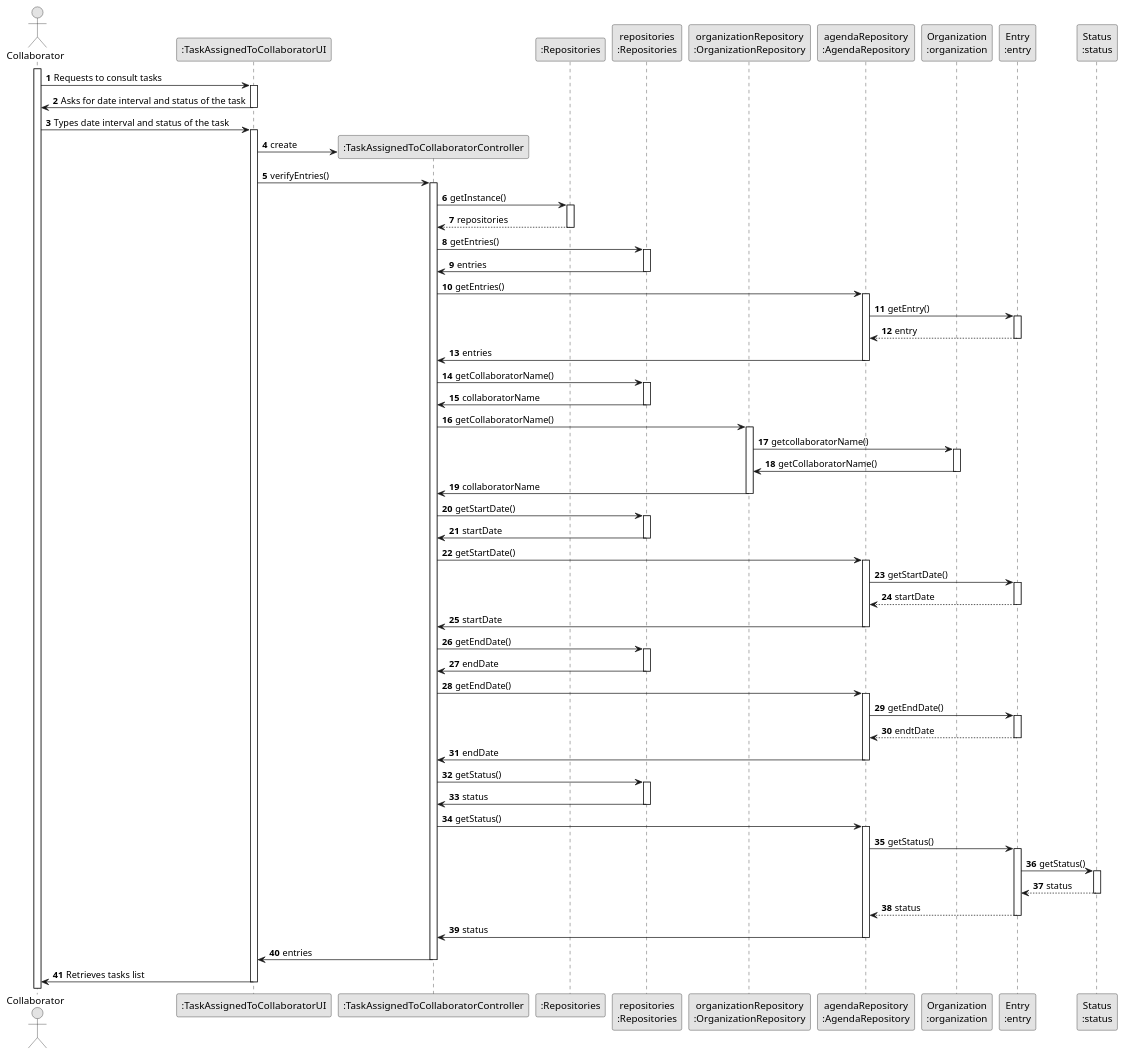
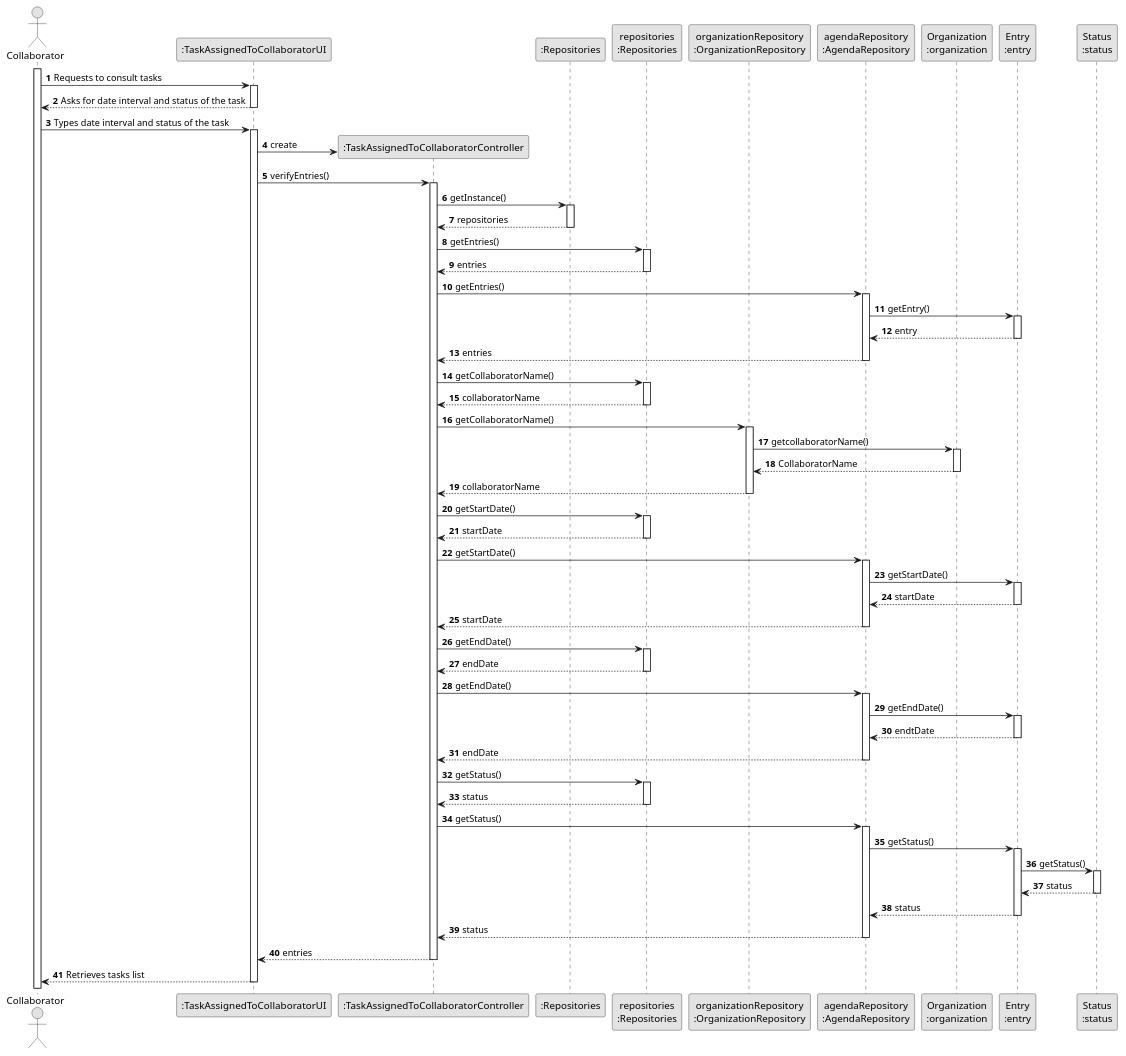
Before and after one commit to Departamento-de-Engenharia-Informatica/lei-24-s2-1df-1de-g063: the diagram in docs/SprintC/us28/03.design/puml/us028-sequence-diagram-full.puml, drawn with PlantUML. The commit also changed 24 other files, not shown here.

```diff
--- a/docs/SprintC/us28/03.design/puml/us028-sequence-diagram-full.puml
+++ b/docs/SprintC/us28/03.design/puml/us028-sequence-diagram-full.puml
@@ -1,140 +1,140 @@
 @startuml
 skinparam monochrome true
 skinparam packageStyle rectangle
 skinparam shadowing false
 
 autonumber
 
 'hide footbox
 actor "Collaborator" as EMP
 participant ":TaskAssignedToCollaboratorUI" as UI
 participant ":TaskAssignedToCollaboratorController" as CTRL
 participant ":Repositories" as RepositorySingleton
 participant "repositories\n:Repositories" as REP
 participant "organizationRepository\n:OrganizationRepository" as OrganizationRepository
 participant "agendaRepository\n:AgendaRepository" as AgendaRepository
 participant "Organization\n:organization" as Organization
 participant "Entry\n:entry" as Entry
 participant "Status\n:status" as Status
 activate EMP
 
     EMP -> UI : Requests to consult tasks
     activate UI
 
-        UI -> EMP : Asks for date interval and status of the task
+        UI --> EMP : Asks for date interval and status of the task
     deactivate UI
 
     EMP -> UI : Types date interval and status of the task
     activate UI
 
         UI -> CTRL** : create
 
             UI -> CTRL : verifyEntries()
             activate CTRL
 
                 CTRL -> RepositorySingleton : getInstance()
                 activate RepositorySingleton
 
                     RepositorySingleton --> CTRL : repositories
                 deactivate RepositorySingleton
 
                 CTRL -> REP : getEntries()
                 activate REP
 
-                    REP -> CTRL: entries
+                    REP --> CTRL: entries
                 deactivate REP
 
                 CTRL -> AgendaRepository : getEntries()
                 activate AgendaRepository
 
                     AgendaRepository -> Entry : getEntry()
                     activate Entry
 
                         Entry --> AgendaRepository : entry
                         deactivate Entry
-                    AgendaRepository -> CTRL: entries
+                    AgendaRepository --> CTRL: entries
                 deactivate AgendaRepository
 
                 CTRL -> REP : getCollaboratorName()
                 activate REP
 
-                    REP -> CTRL: collaboratorName
+                    REP --> CTRL: collaboratorName
                 deactivate REP
                 CTRL -> OrganizationRepository : getCollaboratorName()
                 activate OrganizationRepository
 
                     OrganizationRepository -> Organization : getcollaboratorName()
                     activate Organization
 
-                    Organization -> OrganizationRepository : getCollaboratorName()
+                    Organization --> OrganizationRepository : CollaboratorName
                 deactivate Organization
 
-                OrganizationRepository -> CTRL : collaboratorName
+                OrganizationRepository --> CTRL : collaboratorName
                 deactivate OrganizationRepository
 
                 CTRL -> REP : getStartDate()
                 activate REP
 
-                        REP -> CTRL: startDate
+                        REP --> CTRL: startDate
                 deactivate REP
 
                 CTRL -> AgendaRepository : getStartDate()
                 activate AgendaRepository
 
                     AgendaRepository -> Entry : getStartDate()
                     activate Entry
 
                         Entry --> AgendaRepository : startDate
                         deactivate Entry
-                    AgendaRepository -> CTRL: startDate
+                    AgendaRepository --> CTRL: startDate
                 deactivate AgendaRepository
 
                 CTRL -> REP : getEndDate()
                 activate REP
 
-                        REP -> CTRL: endDate
+                        REP --> CTRL: endDate
                 deactivate REP
 
                 CTRL -> AgendaRepository : getEndDate()
                 activate AgendaRepository
 
                     AgendaRepository -> Entry : getEndDate()
                     activate Entry
 
                         Entry --> AgendaRepository : endtDate
                         deactivate Entry
-                    AgendaRepository -> CTRL: endDate
+                    AgendaRepository --> CTRL: endDate
                 deactivate AgendaRepository
 
                 CTRL -> REP : getStatus()
                 activate REP
 
-                        REP -> CTRL: status
+                        REP --> CTRL: status
                 deactivate REP
 
                 CTRL -> AgendaRepository : getStatus()
                 activate AgendaRepository
 
                     AgendaRepository -> Entry : getStatus()
                     activate Entry
 
                         Entry -> Status : getStatus()
                             activate Status
 
                                 Status --> Entry : status
                             deactivate Status
                         Entry --> AgendaRepository : status
                     deactivate Entry
 
-                    AgendaRepository -> CTRL: status
+                    AgendaRepository --> CTRL: status
                 deactivate AgendaRepository
 
-                CTRL -> UI : entries
+                CTRL --> UI : entries
             deactivate CTRL
 
-        UI -> EMP : Retrieves tasks list
+        UI --> EMP : Retrieves tasks list
     deactivate UI
 
 
 
 @enduml
```
